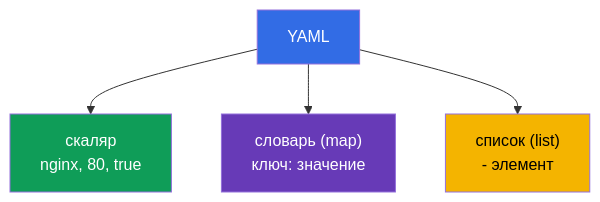
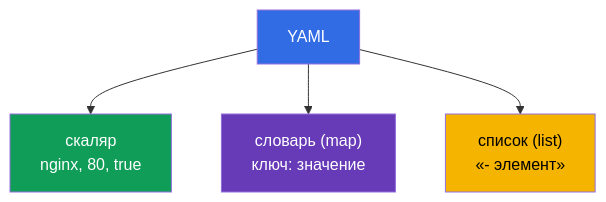
The second of 4 diagrams in tasks/cka/course/00-6-yaml/ru.md (ViktorUJ/cks), drawn with Mermaid before and after one commit. The commit also changed other lines of this file and 10 other files, not shown here.

````diff
--- a/tasks/cka/course/00-6-yaml/ru.md
+++ b/tasks/cka/course/00-6-yaml/ru.md
@@ -53,10 +53,10 @@
 ```mermaid
 flowchart TB
     y["YAML"] --> s["скаляр<br>nginx, 80, true"]
     y --> m["словарь (map)<br>ключ: значение"]
-    y --> l["список (list)<br>- элемент"]
+    y --> l["список (list)<br>«- элемент»"]
     style y fill:#326ce5,color:#fff
     style s fill:#0f9d58,color:#fff
     style m fill:#673ab7,color:#fff
     style l fill:#f4b400,color:#000
 ```
````
